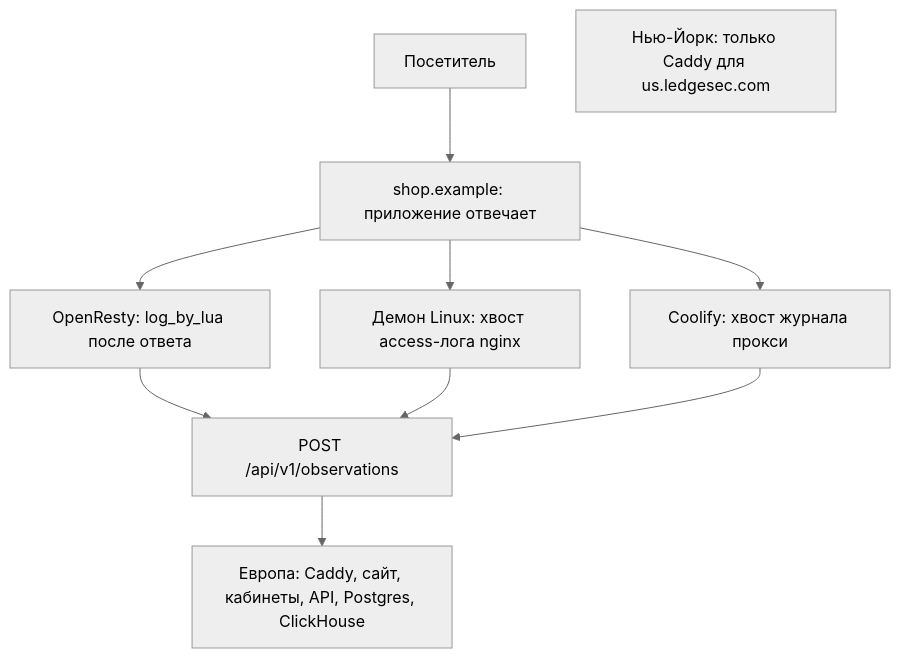
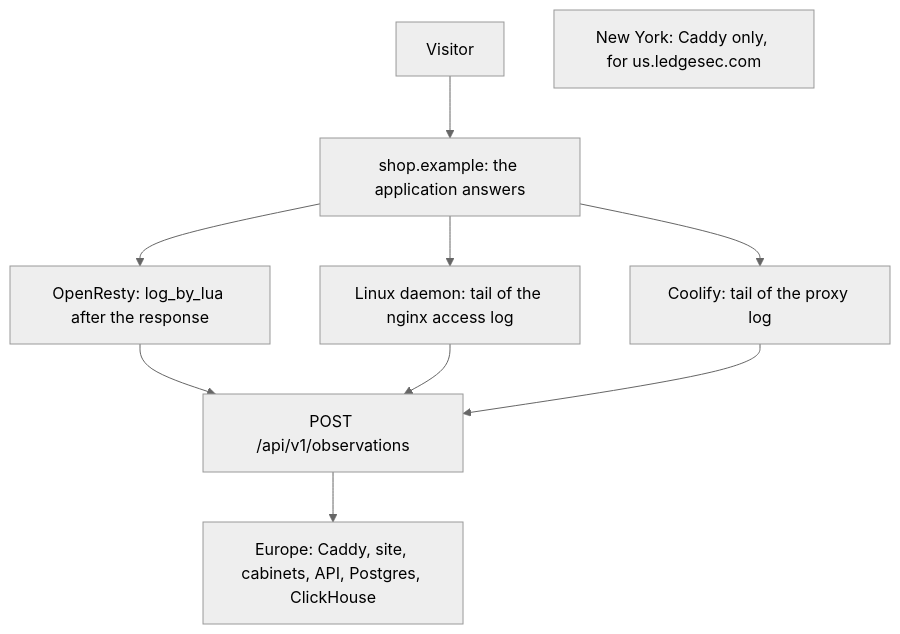
One commit to ledgesec/ledgesec changed the diagram in README.md. Above: the diagram before and after it, drawn with Mermaid (neutral theme). The commit also changed other lines of this file, not shown here.

````diff
--- a/README.md
+++ b/README.md
@@ -22,12 +22,12 @@
 ```mermaid
 flowchart TB
-  visitor[Посетитель] --> origin["shop.example: приложение отвечает"]
-  origin --> openresty["OpenResty: log_by_lua после ответа"]
-  origin --> daemon["Демон Linux: хвост access-лога nginx"]
-  origin --> coolify["Coolify: хвост журнала прокси"]
+  visitor[Visitor] --> origin["shop.example: the application answers"]
+  origin --> openresty["OpenResty: log_by_lua after the response"]
+  origin --> daemon["Linux daemon: tail of the nginx access log"]
+  origin --> coolify["Coolify: tail of the proxy log"]
   openresty --> ingest["POST /api/v1/observations"]
   daemon --> ingest
   coolify --> ingest
-  ingest --> europe["Европа: Caddy, сайт, кабинеты, API, Postgres, ClickHouse"]
-  ny["Нью-Йорк: только Caddy для us.ledgesec.com"]
+  ingest --> europe["Europe: Caddy, site, cabinets, API, Postgres, ClickHouse"]
+  ny["New York: Caddy only, for us.ledgesec.com"]
 ```
````
